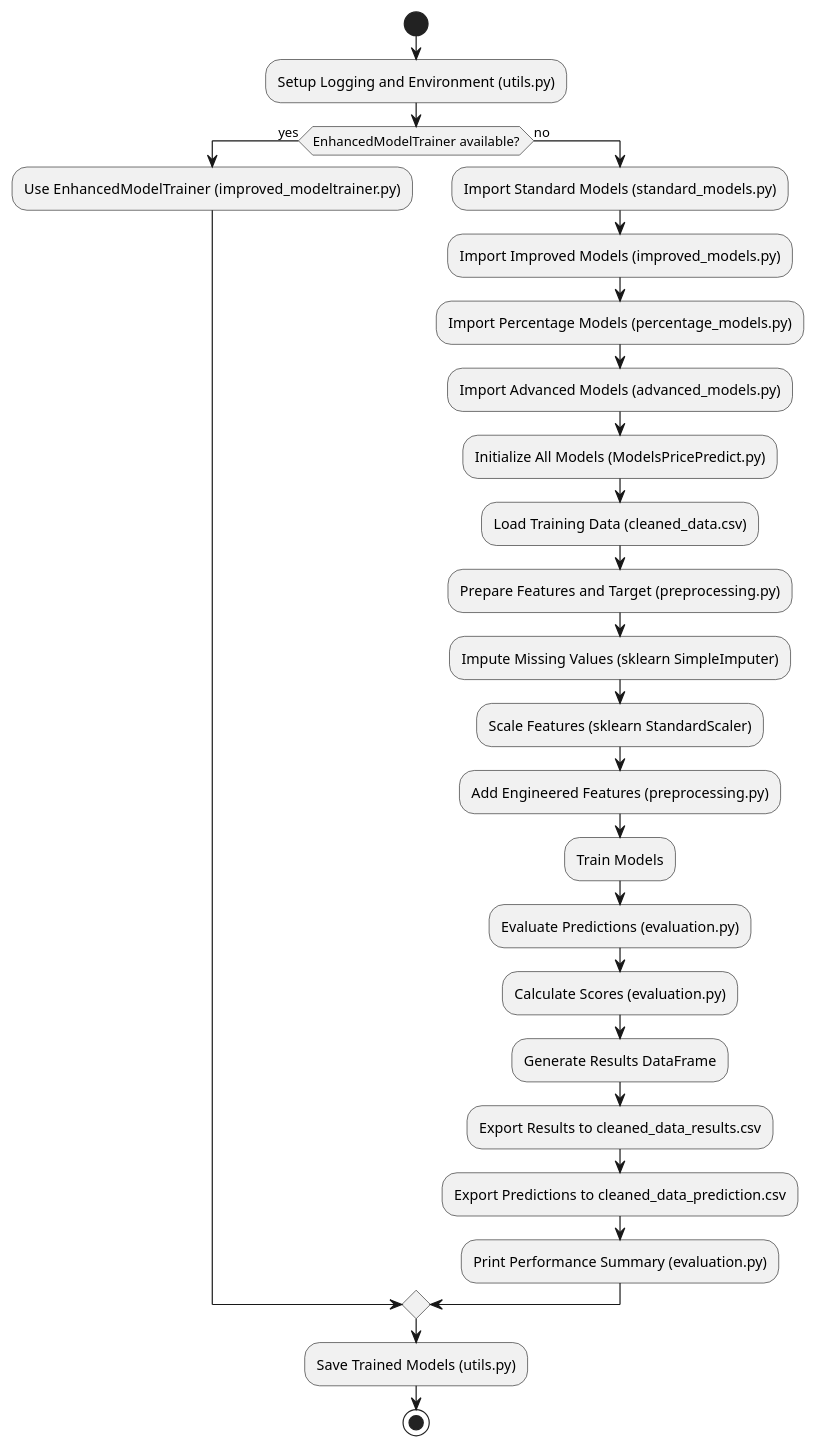
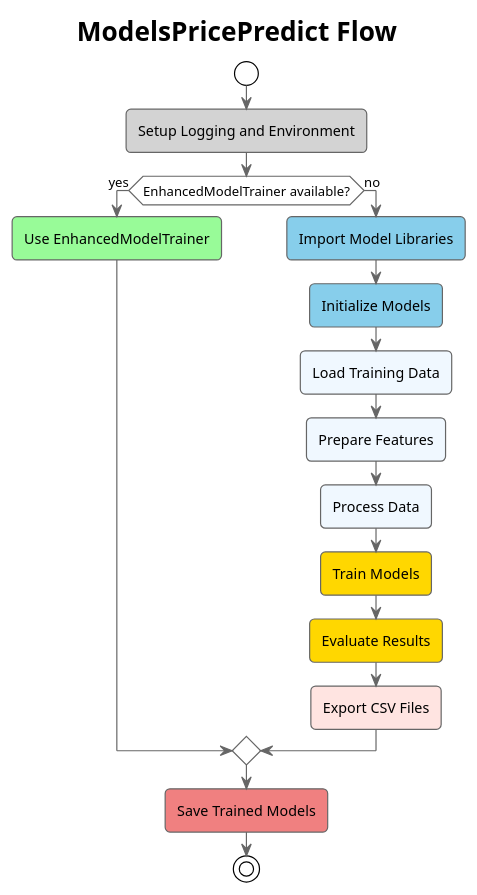
One commit to wenchiehlee-investment/GoPublic changed the diagram in ModelsPricePredict.plantuml. Above: the diagram before and after it, drawn with PlantUML. The commit also changed 2 other files, not shown here.

```diff
--- a/ModelsPricePredict.plantuml
+++ b/ModelsPricePredict.plantuml
@@ -1,30 +1,29 @@
-@startuml
+@startuml "ModelsPricePredict Flow"
+!theme plain
+skinparam backgroundColor white
+skinparam roundCorner 8
+skinparam ArrowColor #666666
+skinparam ActivityBackgroundColor white
+skinparam ActivityBorderColor #666666
+
+title "ModelsPricePredict Flow"
+
 start
-:Setup Logging and Environment (utils.py);
+#lightgrey:Setup Logging and Environment;
+
 if (EnhancedModelTrainer available?) then (yes)
-    :Use EnhancedModelTrainer (improved_modeltrainer.py);
+    #palegreen:Use EnhancedModelTrainer;
 else (no)
-    :Import Standard Models (standard_models.py);
-    :Import Improved Models (improved_models.py);
-    :Import Percentage Models (percentage_models.py);
-    :Import Advanced Models (advanced_models.py);
-
-    :Initialize All Models (ModelsPricePredict.py);
-    :Load Training Data (cleaned_data.csv);
-    :Prepare Features and Target (preprocessing.py);
-    :Impute Missing Values (sklearn SimpleImputer);
-    :Scale Features (sklearn StandardScaler);
-    :Add Engineered Features (preprocessing.py);
-
-    :Train Models;
-    :Evaluate Predictions (evaluation.py);
-    :Calculate Scores (evaluation.py);
-    :Generate Results DataFrame;
-    :Export Results to cleaned_data_results.csv;
-    :Export Predictions to cleaned_data_prediction.csv;
-    :Print Performance Summary (evaluation.py);
+    #skyblue:Import Model Libraries;
+    #skyblue:Initialize Models;
+    #aliceblue:Load Training Data;
+    #aliceblue:Prepare Features;
+    #aliceblue:Process Data;
+    #gold:Train Models;
+    #gold:Evaluate Results;
+    #mistyrose:Export CSV Files;
 endif
 
-:Save Trained Models (utils.py);
+#lightcoral:Save Trained Models;
 stop
 @enduml
```
